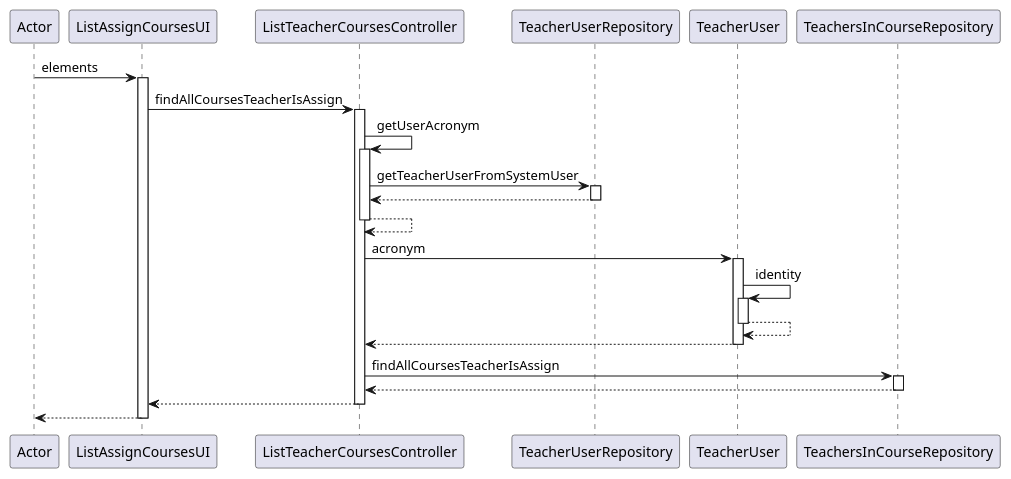
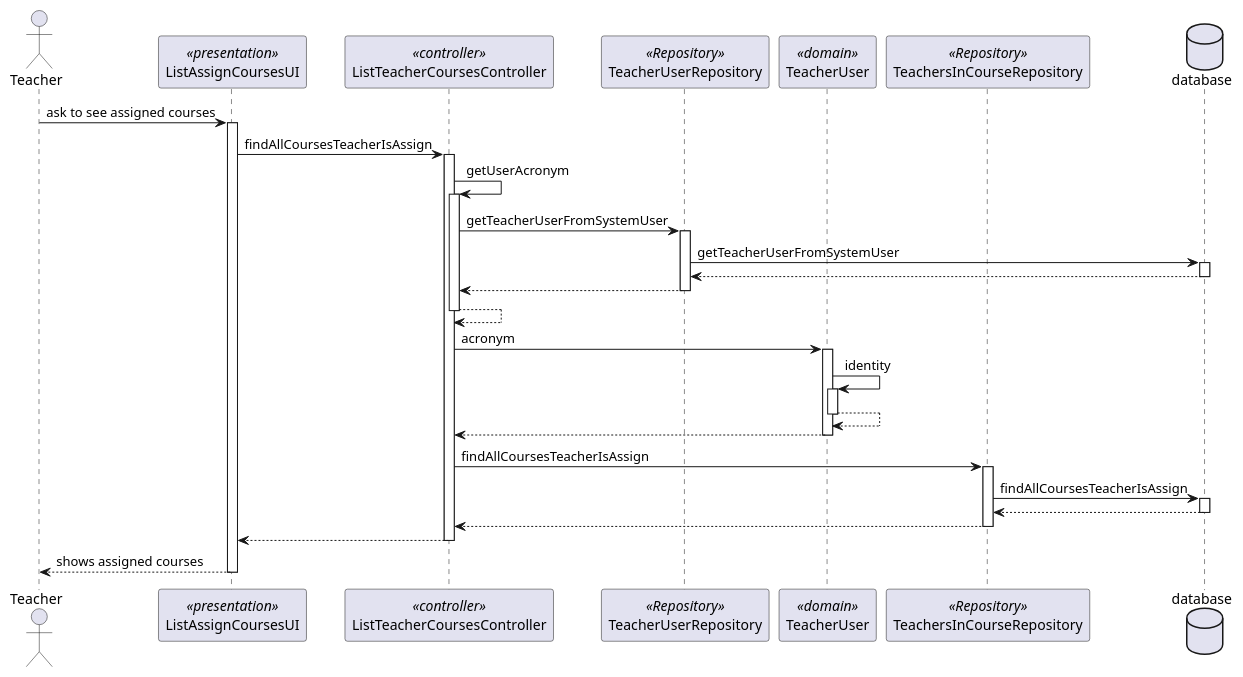
The diagram in docs/us_1006/ListCoursesUI_SD_teacher.puml (pedrocmesquita/eCourse), drawn with PlantUML before and after one commit. The commit also changed 13 other files, not shown here.

Commit message:
#8 Added class and sequence diagrams, demonstration and integration to documentation, updated UI

```diff
--- a/docs/us_1006/ListCoursesUI_SD_teacher.puml
+++ b/docs/us_1006/ListCoursesUI_SD_teacher.puml
@@ -1,30 +1,45 @@
 @startuml
-participant Actor
-Actor -> ListAssignCoursesUI : elements
+Actor Teacher as Actor
+participant ListAssignCoursesUI as ListAssignCoursesUI <<presentation>>
+participant ListTeacherCoursesController as ListTeacherCoursesController <<controller>>
+participant TeacherUserRepository as TeacherUserRepository <<Repository>>
+participant TeacherUser as TeacherUser <<domain>>
+participant TeachersInCourseRepository as TeachersInCourseRepository <<Repository>>
+
+Database database
+Actor -> ListAssignCoursesUI : ask to see assigned courses
 activate ListAssignCoursesUI
 ListAssignCoursesUI -> ListTeacherCoursesController : findAllCoursesTeacherIsAssign
 activate ListTeacherCoursesController
 ListTeacherCoursesController -> ListTeacherCoursesController : getUserAcronym
 activate ListTeacherCoursesController
 ListTeacherCoursesController -> TeacherUserRepository : getTeacherUserFromSystemUser
 activate TeacherUserRepository
+TeacherUserRepository -> database : getTeacherUserFromSystemUser
+activate database
+database --> TeacherUserRepository
+deactivate database
 TeacherUserRepository --> ListTeacherCoursesController
 deactivate TeacherUserRepository
 ListTeacherCoursesController --> ListTeacherCoursesController
 deactivate ListTeacherCoursesController
 ListTeacherCoursesController -> TeacherUser : acronym
 activate TeacherUser
 TeacherUser -> TeacherUser : identity
 activate TeacherUser
 TeacherUser --> TeacherUser
 deactivate TeacherUser
 TeacherUser --> ListTeacherCoursesController
 deactivate TeacherUser
 ListTeacherCoursesController -> TeachersInCourseRepository : findAllCoursesTeacherIsAssign
 activate TeachersInCourseRepository
+TeachersInCourseRepository -> database : findAllCoursesTeacherIsAssign
+activate database
+database --> TeachersInCourseRepository
+deactivate database
 TeachersInCourseRepository --> ListTeacherCoursesController
 deactivate TeachersInCourseRepository
 ListTeacherCoursesController --> ListAssignCoursesUI
 deactivate ListTeacherCoursesController
-return
+return shows assigned courses
 @enduml
```
